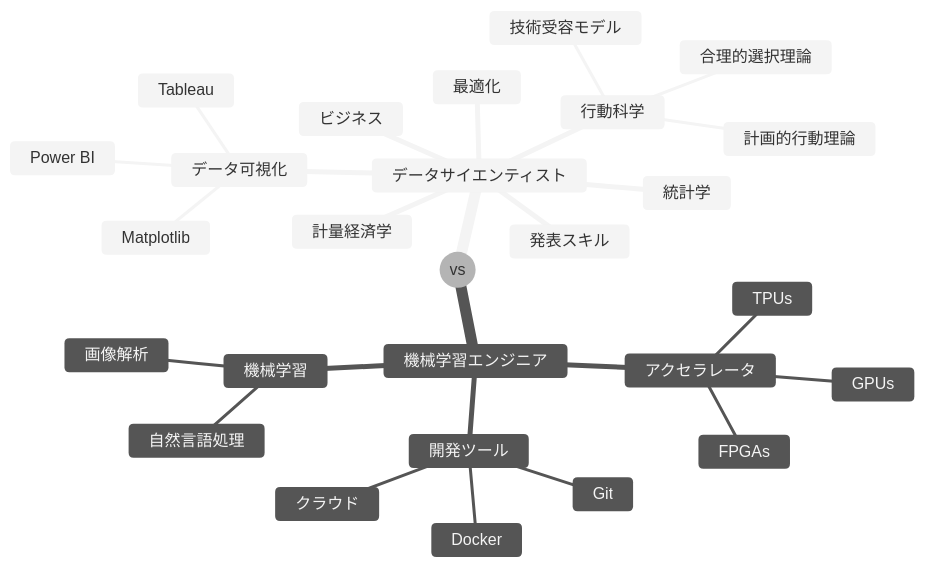
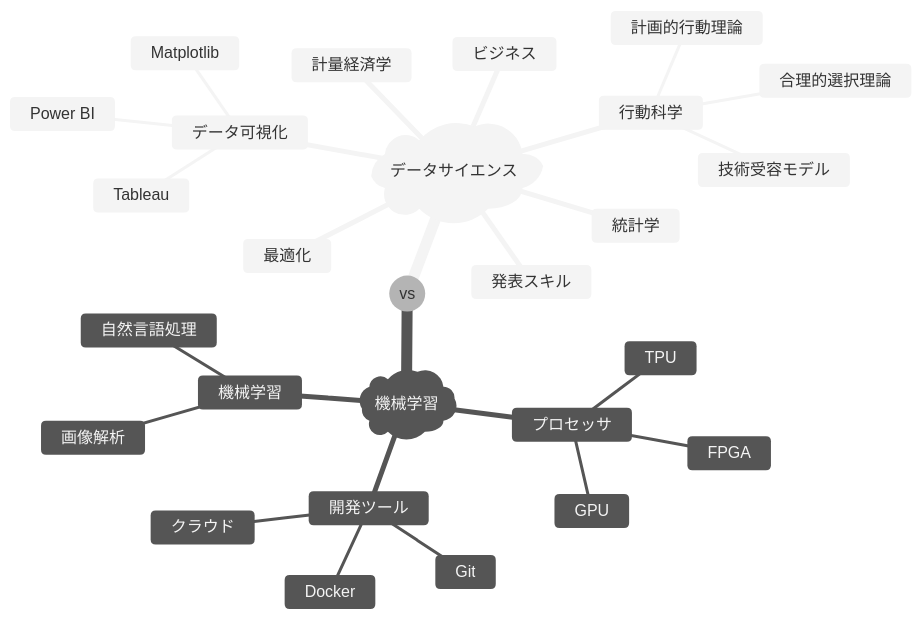
One commit to srctaha/how-to-become-data-scientist changed the diagram in mermaid/ds_vs_ml.mmd. Above: the diagram before and after it, drawn with Mermaid. The commit also changed 12 other files, not shown here.

```diff
--- a/mermaid/ds_vs_ml.mmd
+++ b/mermaid/ds_vs_ml.mmd
@@ -1,30 +1,40 @@
 %%{init: {'theme': 'neutral'}}%%
 
 mindmap
   root((vs))
-    データサイエンティスト
+    id)データサイエンス(
       統計学
+      ::icon(fa fa-square-root-alt)
       計量経済学
+      ::icon(fa fa-money-bill-alt)
       データ可視化
+      ::icon(fa fa-chart-bar)
         Matplotlib
         Tableau
         Power BI
       発表スキル
+      ::icon(fa fa-file-powerpoint)
       最適化
+      ::icon(fa fa-calculator)
       行動科学
+      ::icon(fa fa-users)
         計画的行動理論
         合理的選択理論
         技術受容モデル
       ビジネス
-    機械学習エンジニア
-      アクセラレータ
-        GPUs
-        TPUs
-        FPGAs
+      ::icon(fa fa-briefcase)
+    id)機械学習(
+      プロセッサ
+      ::icon(fa fa-microchip)
+        GPU
+        TPU
+        FPGA
       開発ツール
+      ::icon(fa fa-keyboard)
         Git
         Docker
         クラウド
       機械学習
+      ::icon(fa fa-robot)
         自然言語処理
         画像解析
```
